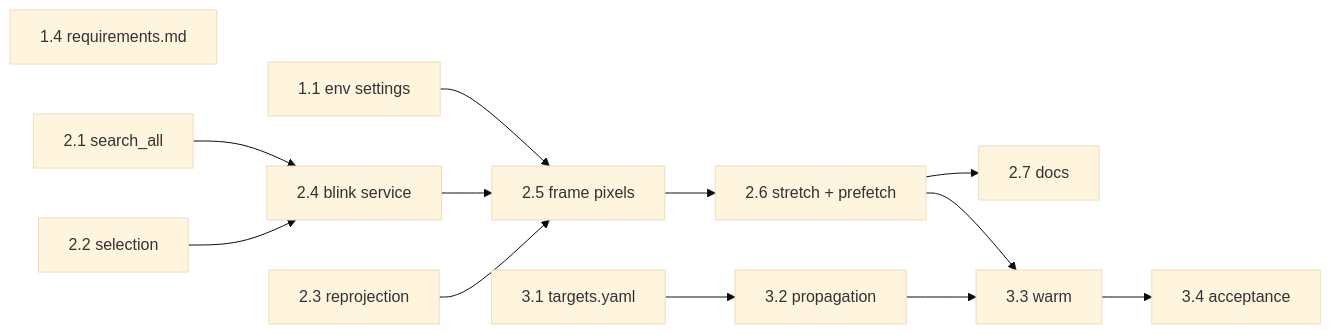
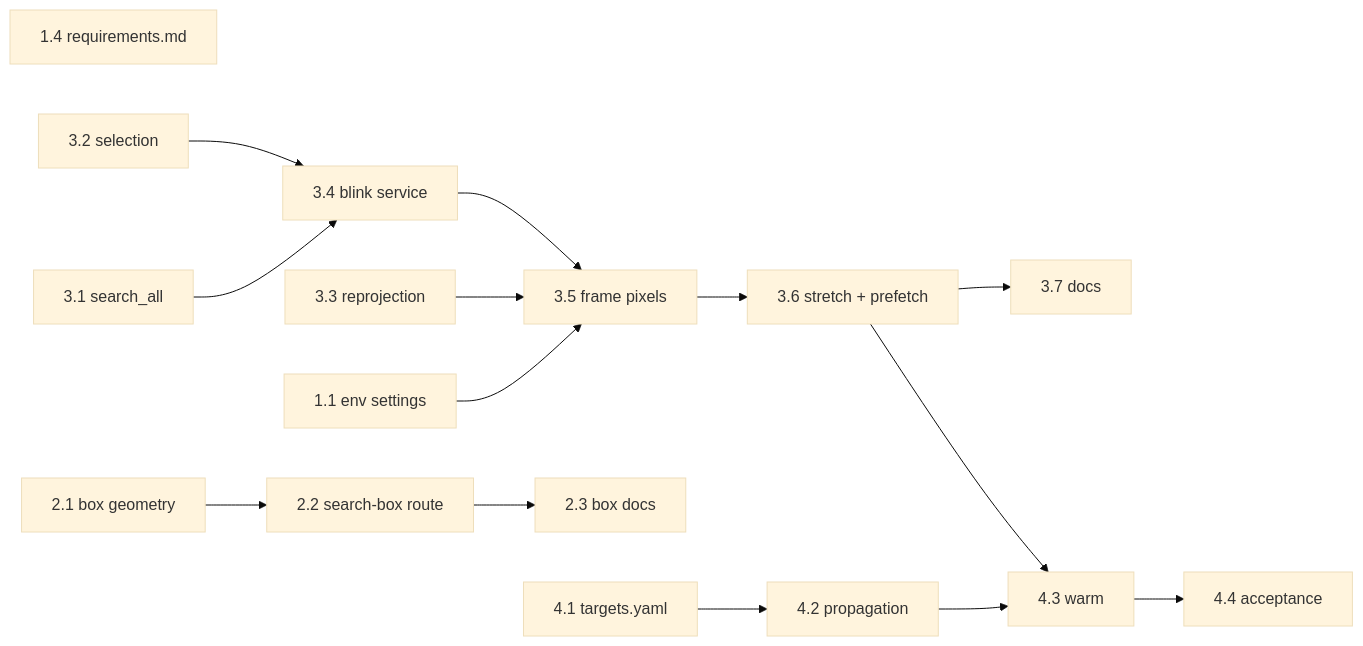
One commit to CH4P3R/Astrea---Planet-X-and-SPHEREx changed the diagram in docs/sdd/backend/tasks.md. Above: the diagram before and after it, drawn with Mermaid (base theme). The commit also changed other lines of this file, not shown here.

````diff
--- a/docs/sdd/backend/tasks.md
+++ b/docs/sdd/backend/tasks.md
@@ -291,11 +405,12 @@
 ```mermaid
 flowchart LR
-    T11[1.1 env settings] --> T25
+    T11[1.1 env settings] --> T35
     T14[1.4 requirements.md]
-    T21[2.1 search_all] --> T24
-    T22[2.2 selection] --> T24
-    T23[2.3 reprojection] --> T25
-    T24[2.4 blink service] --> T25[2.5 frame pixels] --> T26[2.6 stretch + prefetch] --> T27[2.7 docs]
-    T31[3.1 targets.yaml] --> T32[3.2 propagation] --> T33[3.3 warm]
-    T26 --> T33 --> T34[3.4 acceptance]
+    T21[2.1 box geometry] --> T22[2.2 search-box route] --> T23[2.3 box docs]
+    T31[3.1 search_all] --> T34
+    T32[3.2 selection] --> T34
+    T33[3.3 reprojection] --> T35
+    T34[3.4 blink service] --> T35[3.5 frame pixels] --> T36[3.6 stretch + prefetch] --> T37[3.7 docs]
+    T41[4.1 targets.yaml] --> T42[4.2 propagation] --> T43[4.3 warm]
+    T36 --> T43 --> T44[4.4 acceptance]
 ```
````
